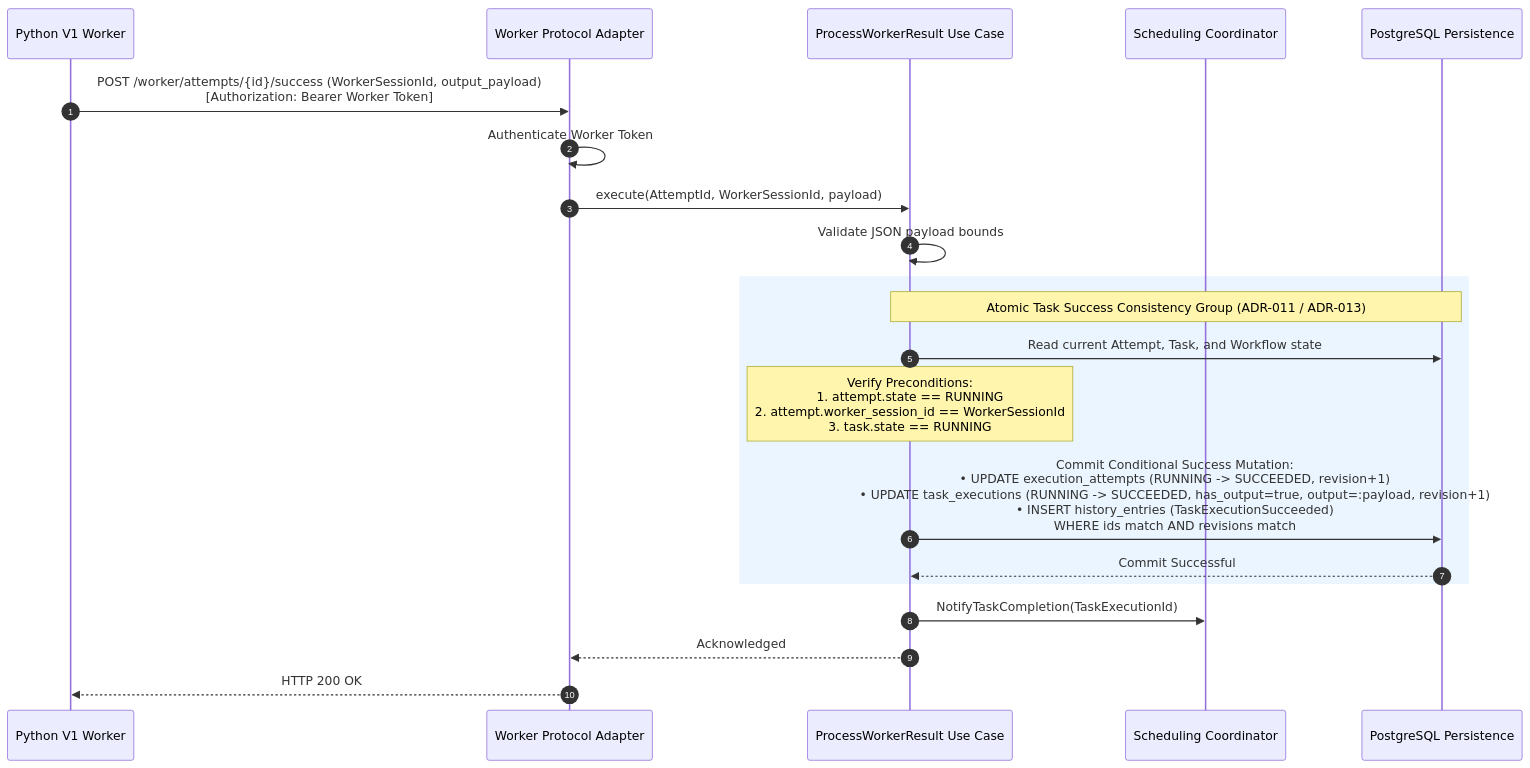
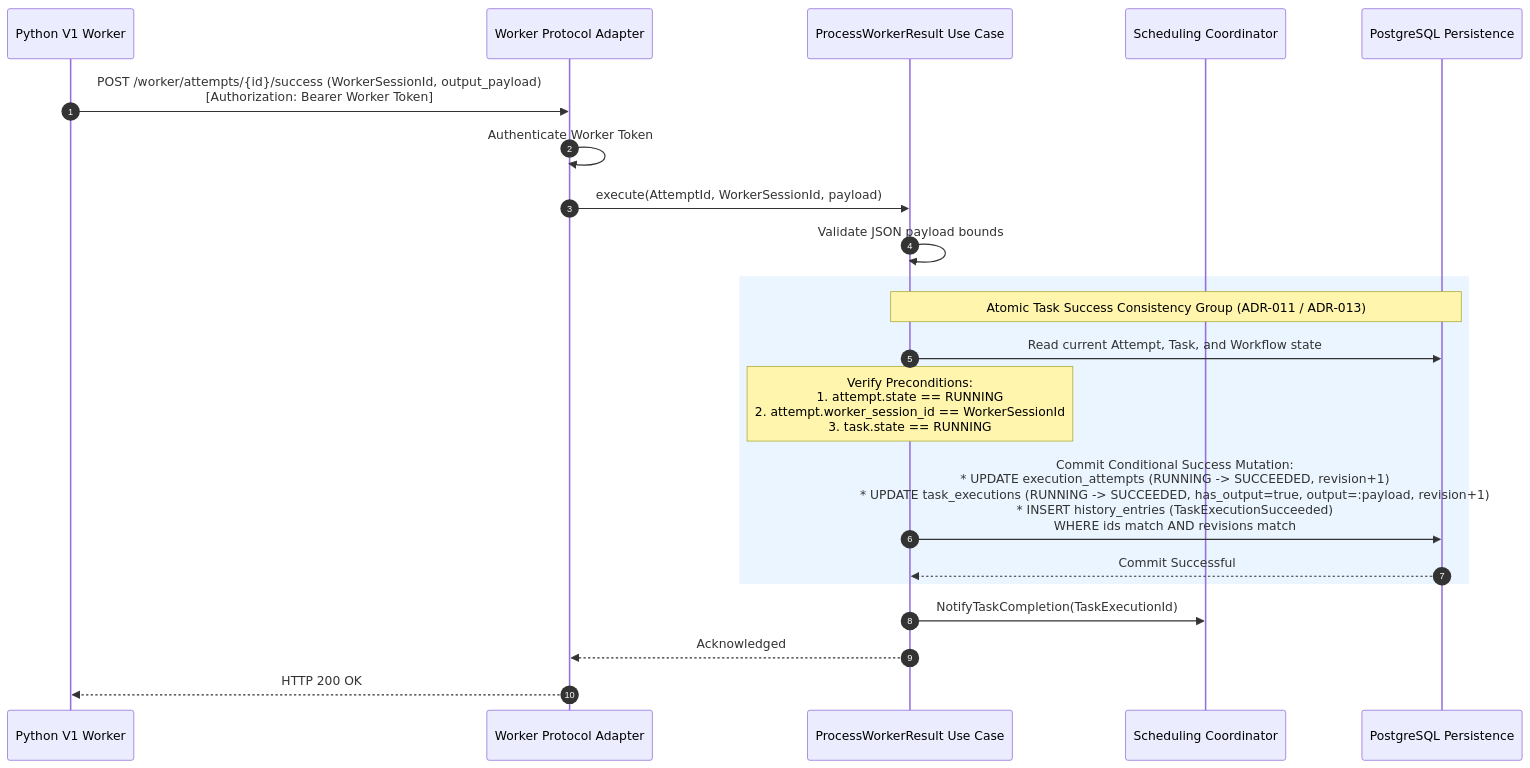
Before and after one commit to binary-beater/nexusflow: diagram 11 of 16 in docs/architecture/nexusflow-v1-high-level-design.md, drawn with Mermaid. The commit also changed other lines of this file and 9 other files, not shown here.

````diff
--- a/docs/architecture/nexusflow-v1-high-level-design.md
+++ b/docs/architecture/nexusflow-v1-high-level-design.md
@@ -552,26 +550,26 @@
 ```mermaid
 sequenceDiagram
     autonumber
     participant Worker as Python V1 Worker
     participant API as Worker Protocol Adapter
     participant UseCase as ProcessWorkerResult Use Case
     participant Sched as Scheduling Coordinator
     participant DB as PostgreSQL Persistence
 
     Worker->>API: POST /worker/attempts/{id}/success (WorkerSessionId, output_payload)<br>[Authorization: Bearer Worker Token]
     API->>API: Authenticate Worker Token
     API->>UseCase: execute(AttemptId, WorkerSessionId, payload)
     UseCase->>UseCase: Validate JSON payload bounds
-    
+
     rect rgb(235, 245, 255)
         Note over UseCase,DB: Atomic Task Success Consistency Group (ADR-011 / ADR-013)
         UseCase->>DB: Read current Attempt, Task, and Workflow state
         Note over UseCase: Verify Preconditions:<br>1. attempt.state == RUNNING<br>2. attempt.worker_session_id == WorkerSessionId<br>3. task.state == RUNNING
-        UseCase->>DB: Commit Conditional Success Mutation:<br>• UPDATE execution_attempts (RUNNING -> SUCCEEDED, revision+1)<br>• UPDATE task_executions (RUNNING -> SUCCEEDED, has_output=true, output=:payload, revision+1)<br>• INSERT history_entries (TaskExecutionSucceeded)<br>WHERE ids match AND revisions match
+        UseCase->>DB: Commit Conditional Success Mutation:<br>* UPDATE execution_attempts (RUNNING -> SUCCEEDED, revision+1)<br>* UPDATE task_executions (RUNNING -> SUCCEEDED, has_output=true, output=:payload, revision+1)<br>* INSERT history_entries (TaskExecutionSucceeded)<br>WHERE ids match AND revisions match
         DB-->>UseCase: Commit Successful
     end
-    
+
     UseCase->>Sched: NotifyTaskCompletion(TaskExecutionId)
     UseCase-->>API: Acknowledged
     API-->>Worker: HTTP 200 OK
 ```
````
